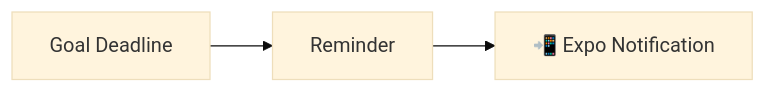
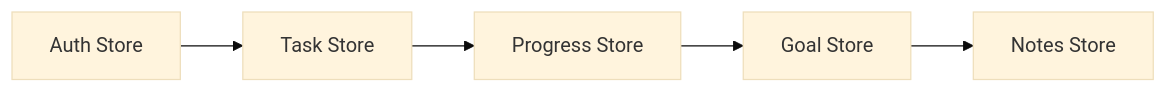
One commit to Pragatees/life-os-refined changed diagram 12 of 14 in README.md. Above: the diagram before and after it, drawn with Mermaid (base theme). The commit also changed other lines of this file, not shown here.

````diff
--- a/README.md
+++ b/README.md
@@ -279,4 +409,7 @@
 ```mermaid
 flowchart LR
-    GD[Goal Deadline] --> R[Reminder] --> EXPO2[📲 Expo Notification]
+    A[Auth Store] --> B[Task Store]
+    B --> C[Progress Store]
+    C --> D[Goal Store]
+    D --> E[Notes Store]
 ```
````
